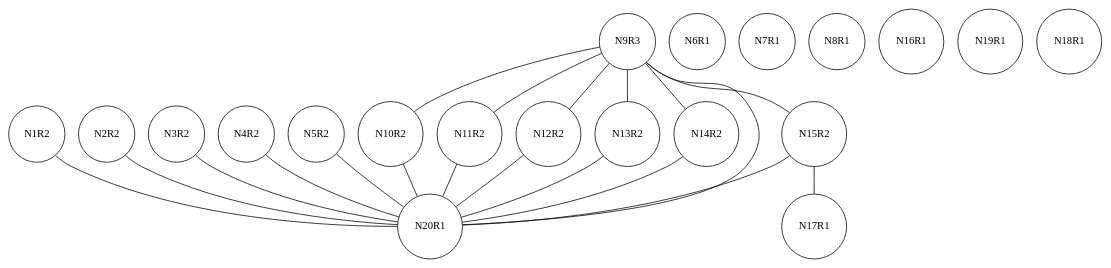
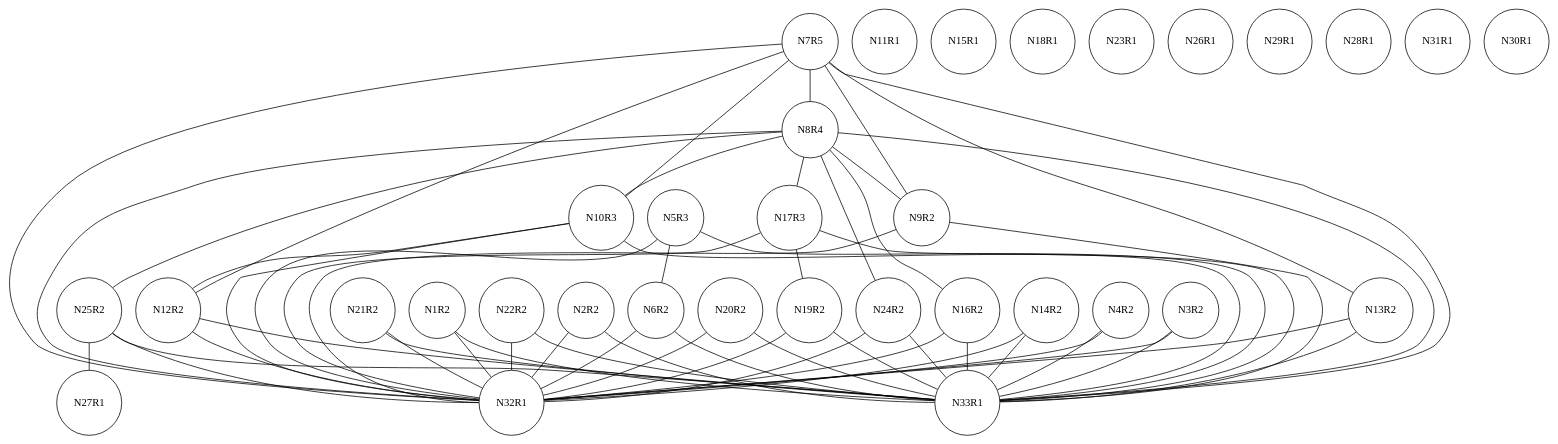
Before and after one commit to chris-wood/PL241-Compiler: the diagram in project/caw001.txt.ig.dot, drawn with Graphviz. The commit also changed 8 other files, not shown here.

```diff
--- a/project/caw001.txt.ig.dot
+++ b/project/caw001.txt.ig.dot
@@ -1,42 +1,93 @@
 graph ig {
     node [shape = circle];
     N1R2;
     N2R2;
     N3R2;
     N4R2;
-    N5R2;
-    N6R1;
-    N7R1;
-    N8R1;
-    N9R3;
-    N10R2;
-    N11R2;
+    N5R3;
+    N6R2;
+    N7R5;
+    N8R4;
+    N9R2;
+    N10R3;
+    N11R1;
     N12R2;
     N13R2;
     N14R2;
-    N15R2;
-    N17R1;
-    N16R1;
-    N19R1;
+    N15R1;
+    N17R3;
+    N16R2;
+    N19R2;
     N18R1;
-    N20R1;
-    N1R2 -- N20R1;
-    N2R2 -- N20R1;
-    N3R2 -- N20R1;
-    N4R2 -- N20R1;
-    N5R2 -- N20R1;
-    N9R3 -- N15R2;
-    N9R3 -- N14R2;
-    N9R3 -- N13R2;
-    N9R3 -- N12R2;
-    N9R3 -- N11R2;
-    N9R3 -- N10R2;
-    N9R3 -- N20R1;
-    N10R2 -- N20R1;
-    N11R2 -- N20R1;
-    N12R2 -- N20R1;
-    N13R2 -- N20R1;
-    N14R2 -- N20R1;
-    N15R2 -- N17R1;
-    N15R2 -- N20R1;
+    N21R2;
+    N20R2;
+    N23R1;
+    N22R2;
+    N25R2;
+    N24R2;
+    N27R1;
+    N26R1;
+    N29R1;
+    N28R1;
+    N31R1;
+    N30R1;
+    N32R1;
+    N33R1;
+    N1R2 -- N33R1;
+    N1R2 -- N32R1;
+    N2R2 -- N33R1;
+    N2R2 -- N32R1;
+    N3R2 -- N33R1;
+    N3R2 -- N32R1;
+    N4R2 -- N33R1;
+    N4R2 -- N32R1;
+    N5R3 -- N6R2;
+    N5R3 -- N33R1;
+    N5R3 -- N32R1;
+    N6R2 -- N33R1;
+    N6R2 -- N32R1;
+    N7R5 -- N13R2;
+    N7R5 -- N12R2;
+    N7R5 -- N8R4;
+    N7R5 -- N10R3;
+    N7R5 -- N9R2;
+    N7R5 -- N33R1;
+    N7R5 -- N32R1;
+    N8R4 -- N25R2;
+    N8R4 -- N32R1;
+    N8R4 -- N24R2;
+    N8R4 -- N33R1;
+    N8R4 -- N17R3;
+    N8R4 -- N16R2;
+    N8R4 -- N10R3;
+    N8R4 -- N9R2;
+    N9R2 -- N33R1;
+    N9R2 -- N32R1;
+    N10R3 -- N12R2;
+    N10R3 -- N33R1;
+    N10R3 -- N32R1;
+    N12R2 -- N33R1;
+    N12R2 -- N32R1;
+    N13R2 -- N33R1;
+    N13R2 -- N32R1;
+    N14R2 -- N33R1;
+    N14R2 -- N32R1;
+    N17R3 -- N19R2;
+    N17R3 -- N33R1;
+    N17R3 -- N32R1;
+    N16R2 -- N33R1;
+    N16R2 -- N32R1;
+    N19R2 -- N33R1;
+    N19R2 -- N32R1;
+    N21R2 -- N33R1;
+    N21R2 -- N32R1;
+    N20R2 -- N33R1;
+    N20R2 -- N32R1;
+    N22R2 -- N33R1;
+    N22R2 -- N32R1;
+    N25R2 -- N27R1;
+    N25R2 -- N33R1;
+    N25R2 -- N32R1;
+    N24R2 -- N33R1;
+    N24R2 -- N32R1;
 }
```
